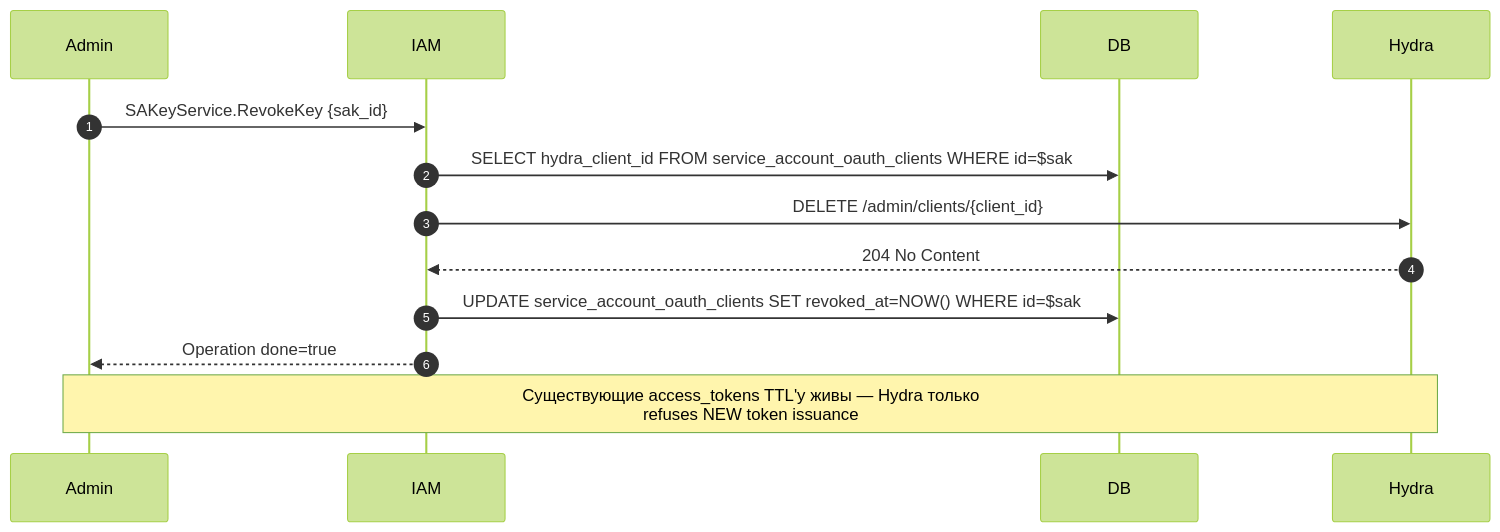
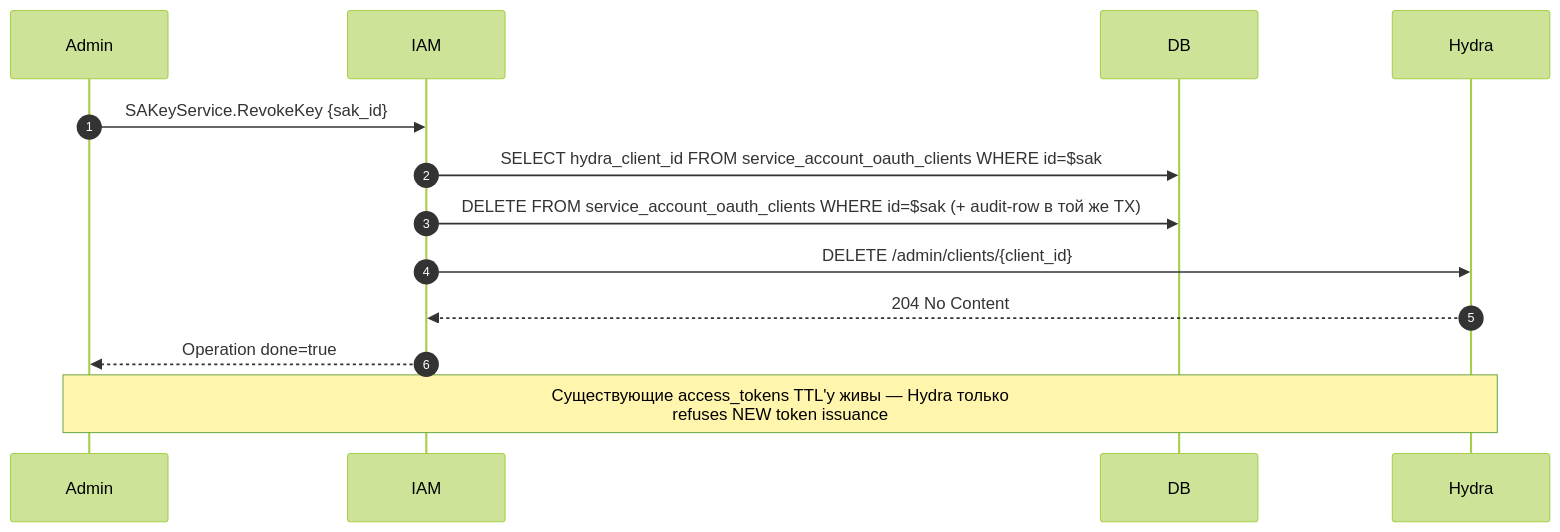
The second of 2 diagrams in services/iam/docs/components/05-sa-keys.md (PRO-Robotech/kacho), drawn with Mermaid (forest theme) before and after one commit. The commit also changed other lines of this file and 5 other files, not shown here.

````diff
--- a/services/iam/docs/components/05-sa-keys.md
+++ b/services/iam/docs/components/05-sa-keys.md
@@ -116,16 +142,16 @@
 ```mermaid
 sequenceDiagram
     autonumber
     participant Admin
     participant IAM
     participant DB
     participant Hydra
 
     Admin->>IAM: SAKeyService.RevokeKey {sak_id}
     IAM->>DB: SELECT hydra_client_id FROM service_account_oauth_clients WHERE id=$sak
+    IAM->>DB: DELETE FROM service_account_oauth_clients WHERE id=$sak (+ audit-row в той же TX)
     IAM->>Hydra: DELETE /admin/clients/{client_id}
     Hydra-->>IAM: 204 No Content
-    IAM->>DB: UPDATE service_account_oauth_clients SET revoked_at=NOW() WHERE id=$sak
     IAM-->>Admin: Operation done=true
     Note over Admin,Hydra: Существующие access_tokens TTL'у живы — Hydra только<br/>refuses NEW token issuance
 ```
````
